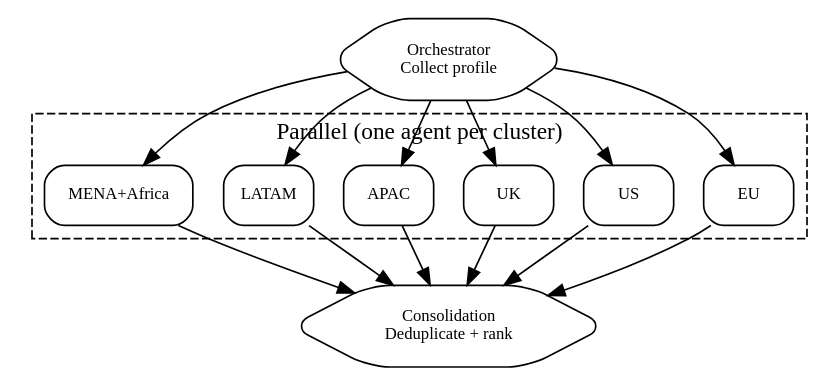
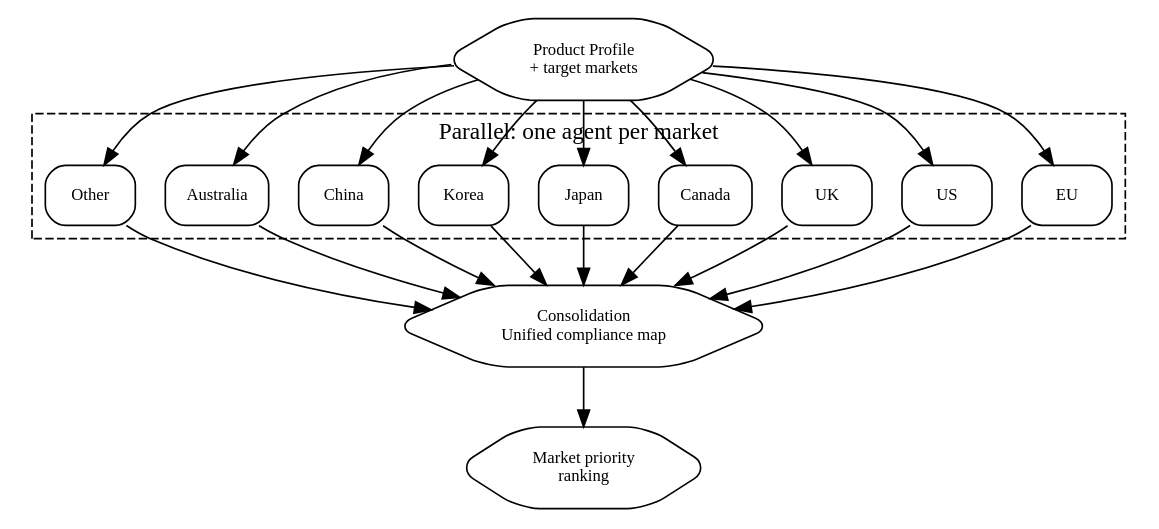
Before and after one commit to Cleo-Labs-IA/skills_library: the diagram in skills/multi-jurisdiction-scan/SKILL.md, drawn with Graphviz. The commit also changed other lines of this file and 20 other files, not shown here.

First line of the commit message:
Comply v2.0 — All-in-one for physical product companies

````diff
--- a/skills/multi-jurisdiction-scan/SKILL.md
+++ b/skills/multi-jurisdiction-scan/SKILL.md
@@ -12,14 +19,19 @@
 ```dot
 digraph {
   rankdir=TB; node [shape=box style=rounded fontsize=10];
-  orch [label="Orchestrator\nCollect profile" shape=hexagon];
+  profile [label="Product Profile\n+ target markets" shape=hexagon];
   subgraph cluster_p {
-    label="Parallel (one agent per cluster)"; style=dashed;
+    label="Parallel: one agent per market"; style=dashed;
     eu [label="EU"]; us [label="US"]; uk [label="UK"];
-    apac [label="APAC"]; latam [label="LATAM"]; mena [label="MENA+Africa"];
+    ca [label="Canada"]; jp [label="Japan"]; kr [label="Korea"];
+    cn [label="China"]; au [label="Australia"]; other [label="Other"];
   }
-  consol [label="Consolidation\nDeduplicate + rank" shape=hexagon];
-  orch -> eu; orch -> us; orch -> uk; orch -> apac; orch -> latam; orch -> mena;
-  eu -> consol; us -> consol; uk -> consol; apac -> consol; latam -> consol; mena -> consol;
+  consol [label="Consolidation\nUnified compliance map" shape=hexagon];
+  decide [label="Market priority\nranking" shape=hexagon];
+  profile -> eu; profile -> us; profile -> uk; profile -> ca;
+  profile -> jp; profile -> kr; profile -> cn; profile -> au; profile -> other;
+  eu -> consol; us -> consol; uk -> consol; ca -> consol;
+  jp -> consol; kr -> consol; cn -> consol; au -> consol; other -> consol;
+  consol -> decide;
 }
 ```
````
